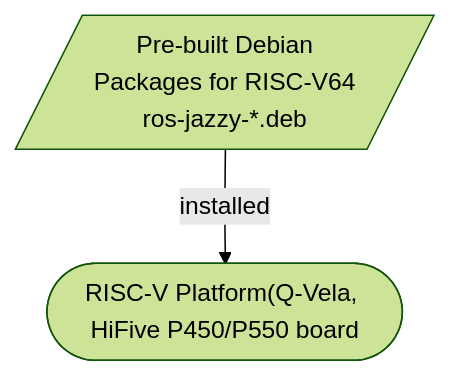
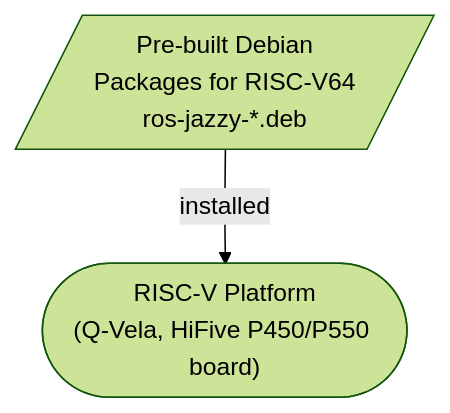
One commit to junho-falinux/vela-ros changed the diagram in README.md. Above: the diagram before and after it, drawn with Mermaid (forest theme).

````diff
--- a/README.md
+++ b/README.md
@@ -11,9 +11,9 @@
 ```mermaid
 flowchart TB
     DEBS[/"Pre-built Debian<br/> Packages for RISC-V64<br/>ros-jazzy-*.deb"/]
 
-    ENV(["RISC-V Platform(Q-Vela, HiFive P450/P550 board<br/>"])
+    ENV(["RISC-V Platform<br/>(Q-Vela, HiFive P450/P550 board)"])
     click ENV href "https://github.com/riscv-vela/vela" "Vela repository"
 
     DEBS -->|"installed"| ENV
 ```
````
